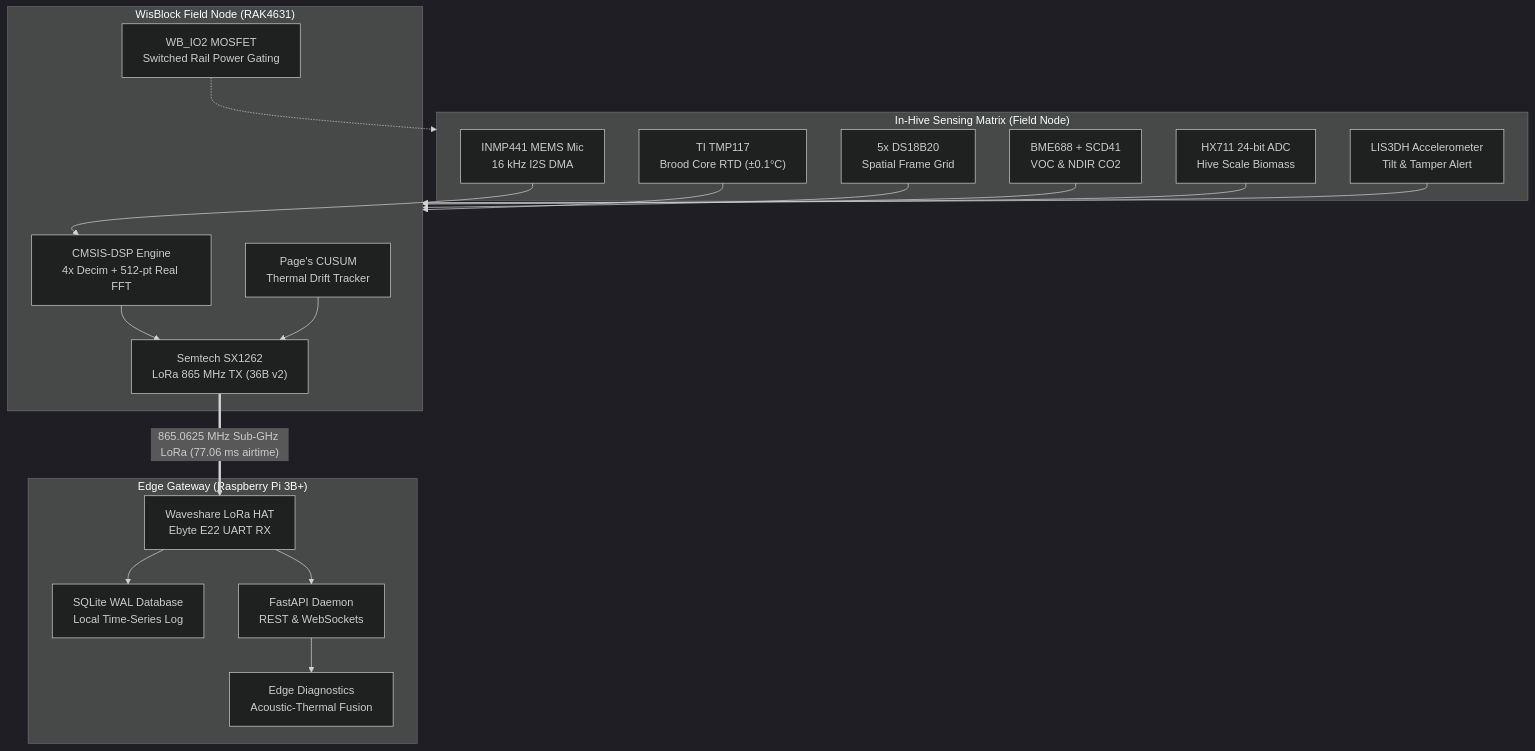
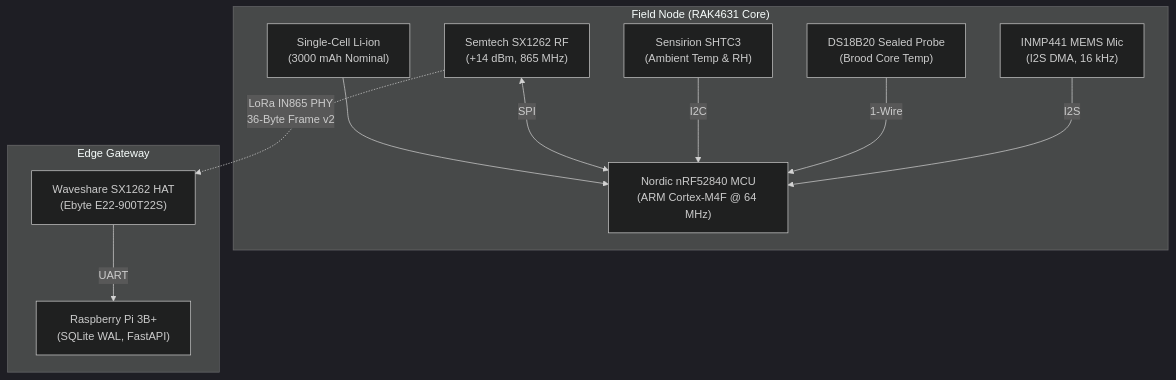
The diagram in README.md (atharveeee-netizen/beevil-knievel), drawn with Mermaid (dark theme) before and after one commit. The commit also changed other lines of this file and 114 other files, not shown here.

````diff
--- a/README.md
+++ b/README.md
@@ -55,41 +92,15 @@
 ```mermaid
-flowchart TD
-    subgraph InHiveSensors ["In-Hive Sensing Matrix (Field Node)"]
-        TMP["TI TMP117<br/>Brood Core RTD (±0.1°C)"]
-        DS["5x DS18B20<br/>Spatial Frame Grid"]
-        MIC["INMP441 MEMS Mic<br/>16 kHz I2S DMA"]
-        ENV["BME688 + SCD41<br/>VOC & NDIR CO2"]
-        SCALE["HX711 24-bit ADC<br/>Hive Scale Biomass"]
-        ACCEL["LIS3DH Accelerometer<br/>Tilt & Tamper Alert"]
+graph TD
+    subgraph "Field Node (RAK4631 Core)"
+        MCU["Nordic nRF52840 MCU<br/>(ARM Cortex-M4F @ 64 MHz)"]
+        MIC["INMP441 MEMS Mic<br/>(I2S DMA, 16 kHz)"] -->|I2S| MCU
+        PROBE["DS18B20 Sealed Probe<br/>(Brood Core Temp)"] -->|1-Wire| MCU
+        AMB["Sensirion SHTC3<br/>(Ambient Temp & RH)"] -->|I2C| MCU
+        LORA["Semtech SX1262 RF<br/>(+14 dBm, 865 MHz)"] <-->|SPI| MCU
+        BAT["Single-Cell Li-ion<br/>(3000 mAh Nominal)"] --> MCU
     end
-
-    subgraph NodeMCU ["WisBlock Field Node (RAK4631)"]
-        DSP["CMSIS-DSP Engine<br/>4x Decim + 512-pt Real FFT"]
-        CUSUM["Page's CUSUM<br/>Thermal Drift Tracker"]
-        PWR["WB_IO2 MOSFET<br/>Switched Rail Power Gating"]
-        LORA_TX["Semtech SX1262<br/>LoRa 865 MHz TX (36B v2)"]
+    subgraph "Edge Gateway"
+        GW_HAT["Waveshare SX1262 HAT<br/>(Ebyte E22-900T22S)"] -->|UART| RPI["Raspberry Pi 3B+<br/>(SQLite WAL, FastAPI)"]
     end
-
-    subgraph Gateway ["Edge Gateway (Raspberry Pi 3B+)"]
-        UART_RX["Waveshare LoRa HAT<br/>Ebyte E22 UART RX"]
-        SQL["SQLite WAL Database<br/>Local Time-Series Log"]
-        API["FastAPI Daemon<br/>REST & WebSockets"]
-        AI["Edge Diagnostics<br/>Acoustic-Thermal Fusion"]
-    end
-
-    TMP --> NodeMCU
-    DS --> NodeMCU
-    MIC --> DSP
-    ENV --> NodeMCU
-    SCALE --> NodeMCU
-    ACCEL --> NodeMCU
-
-    DSP --> LORA_TX
-    CUSUM --> LORA_TX
-    PWR -.-> InHiveSensors
-
-    LORA_TX ==>|"865.0625 MHz Sub-GHz LoRa (77.06 ms airtime)"| UART_RX
-    UART_RX --> SQL
-    UART_RX --> API
-    API --> AI
+    LORA -.->|LoRa IN865 PHY<br/>36-Byte Frame v2| GW_HAT
 ```
````
